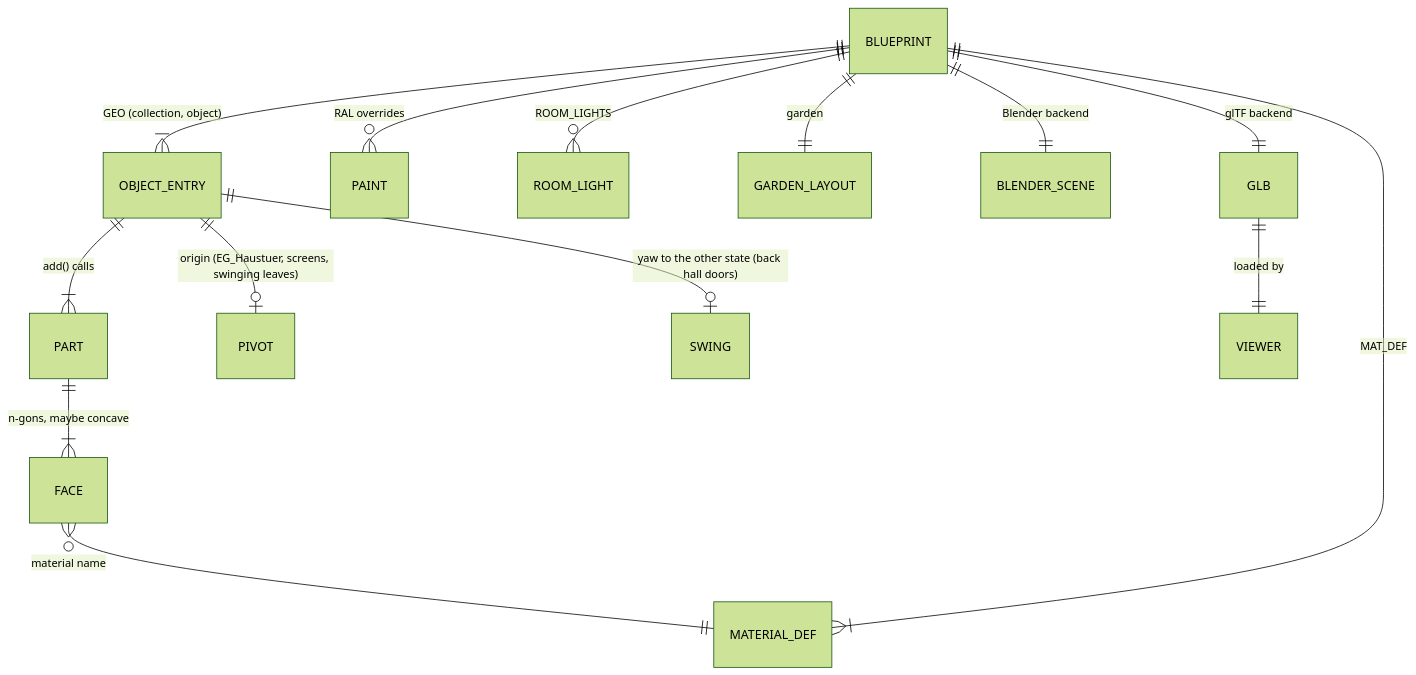
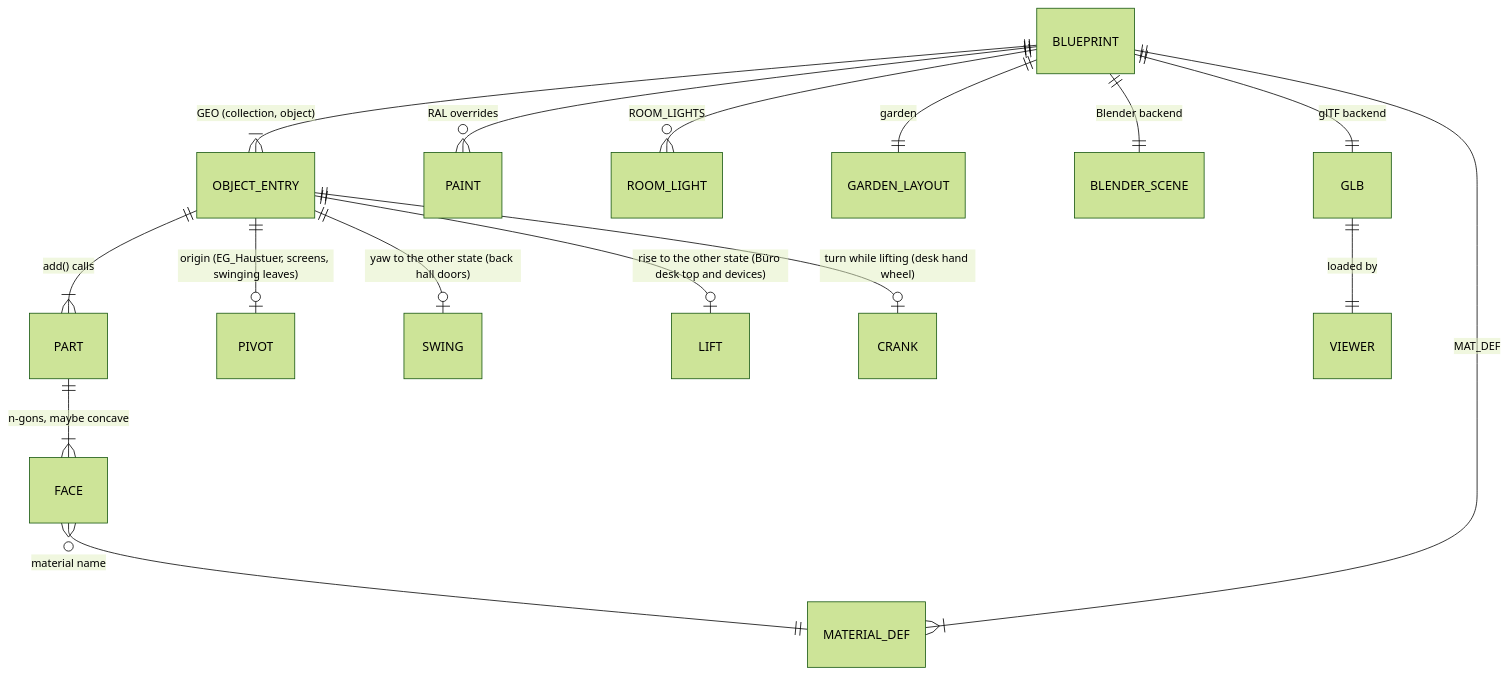
Before and after one commit to tillg/frechen_blender: the second of 5 diagrams in specs/system/domain.md, drawn with Mermaid (forest theme). The commit also changed other lines of this file and 2 other files, not shown here.

Commit message:
Höhenverstellbarer Schreibtisch (#10) in specs/system: cherry top on the crank frame, LIFT/CRANK, liftingNodes

````diff
--- a/specs/system/domain.md
+++ b/specs/system/domain.md
@@ -118,16 +120,18 @@
 ```mermaid
 erDiagram
     BLUEPRINT ||--|{ OBJECT_ENTRY : "GEO (collection, object)"
     OBJECT_ENTRY ||--|{ PART : "add() calls"
     PART ||--|{ FACE : "n-gons, maybe concave"
     FACE }o--|| MATERIAL_DEF : "material name"
     BLUEPRINT ||--|{ MATERIAL_DEF : MAT_DEF
     BLUEPRINT ||--o{ PAINT : "RAL overrides"
     BLUEPRINT ||--o{ ROOM_LIGHT : ROOM_LIGHTS
     BLUEPRINT ||--|| GARDEN_LAYOUT : garden
     OBJECT_ENTRY ||--o| PIVOT : "origin (EG_Haustuer, screens, swinging leaves)"
     OBJECT_ENTRY ||--o| SWING : "yaw to the other state (back hall doors)"
+    OBJECT_ENTRY ||--o| LIFT : "rise to the other state (Büro desk top and devices)"
+    OBJECT_ENTRY ||--o| CRANK : "turn while lifting (desk hand wheel)"
     BLUEPRINT ||--|| BLENDER_SCENE : "Blender backend"
     BLUEPRINT ||--|| GLB : "glTF backend"
     GLB ||--|| VIEWER : "loaded by"
 ```
````
